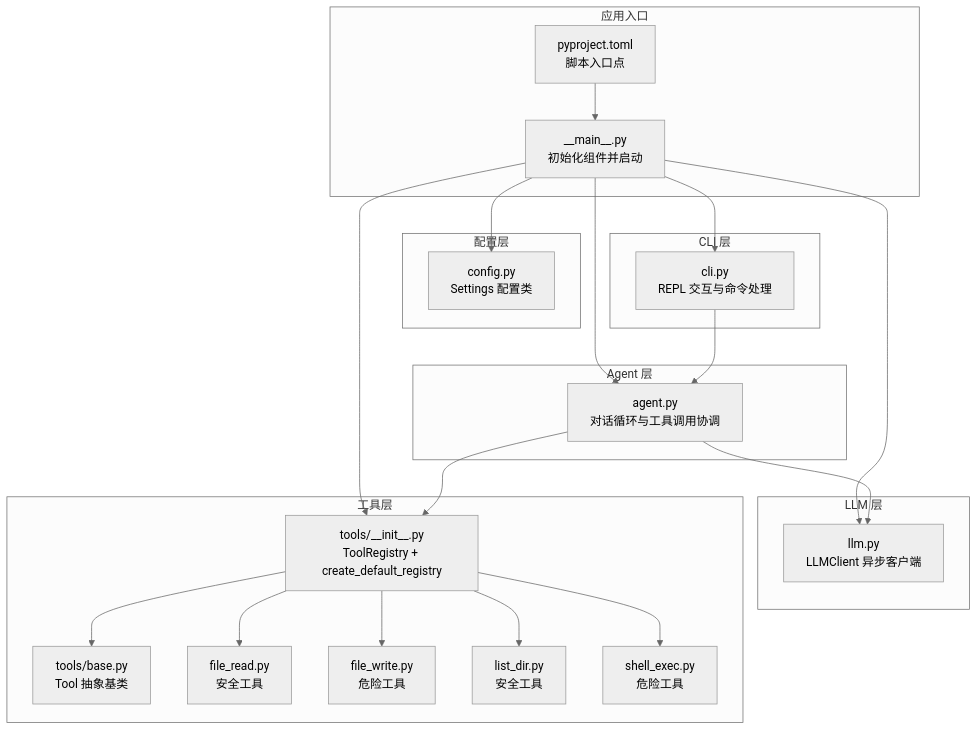
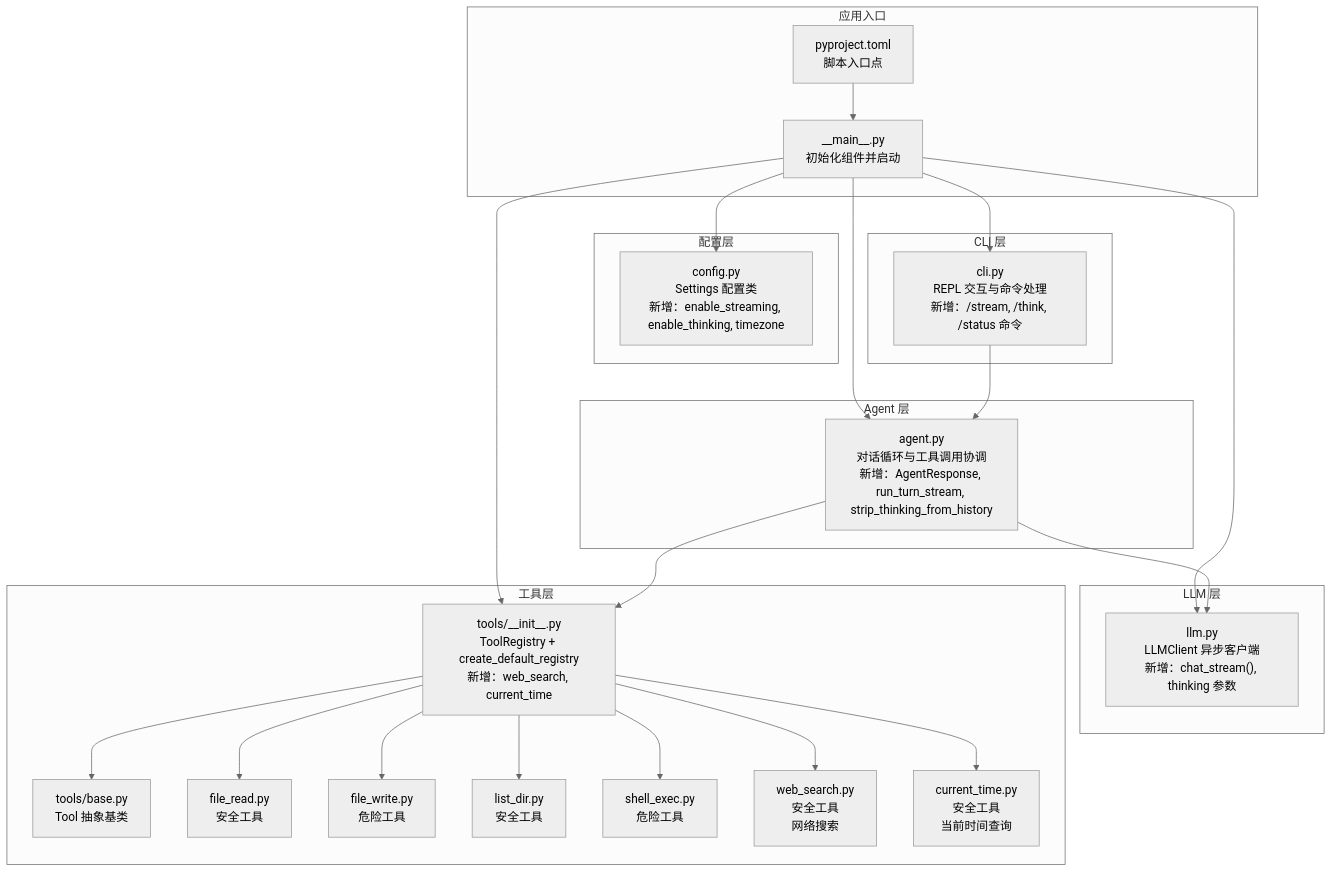
The first of 9 diagrams in .qoder/repowiki/zh/content/核心模块详解/核心模块详解.md (250shiwo/MySmallAgent), drawn with Mermaid (neutral theme) before and after one commit. The commit also changed other lines of this file and 34 other files, not shown here.

````diff
--- a/.qoder/repowiki/zh/content/核心模块详解/核心模块详解.md
+++ b/.qoder/repowiki/zh/content/核心模块详解/核心模块详解.md
@@ -56,41 +63,45 @@
 ```mermaid
 graph TB
 subgraph "应用入口"
 MAIN["__main__.py<br/>初始化组件并启动"]
 ENDPOINT["pyproject.toml<br/>脚本入口点"]
 end
 subgraph "配置层"
-CONFIG["config.py<br/>Settings 配置类"]
+CONFIG["config.py<br/>Settings 配置类<br/>新增：enable_streaming, enable_thinking, timezone"]
 end
 subgraph "LLM 层"
-LLM["llm.py<br/>LLMClient 异步客户端"]
+LLM["llm.py<br/>LLMClient 异步客户端<br/>新增：chat_stream(), thinking 参数"]
 end
 subgraph "工具层"
-TOOLS_INIT["tools/__init__.py<br/>ToolRegistry + create_default_registry"]
+TOOLS_INIT["tools/__init__.py<br/>ToolRegistry + create_default_registry<br/>新增：web_search, current_time"]
 TOOLS_BASE["tools/base.py<br/>Tool 抽象基类"]
 TOOL_READ["file_read.py<br/>安全工具"]
 TOOL_WRITE["file_write.py<br/>危险工具"]
 TOOL_LIST["list_dir.py<br/>安全工具"]
 TOOL_SHELL["shell_exec.py<br/>危险工具"]
+TOOL_WEB["web_search.py<br/>安全工具<br/>网络搜索"]
+TOOL_TIME["current_time.py<br/>安全工具<br/>当前时间查询"]
 end
 subgraph "Agent 层"
-AGENT["agent.py<br/>对话循环与工具调用协调"]
+AGENT["agent.py<br/>对话循环与工具调用协调<br/>新增：AgentResponse, run_turn_stream, strip_thinking_from_history"]
 end
 subgraph "CLI 层"
-CLI["cli.py<br/>REPL 交互与命令处理"]
+CLI["cli.py<br/>REPL 交互与命令处理<br/>新增：/stream, /think, /status 命令"]
 end
 MAIN --> CONFIG
 MAIN --> LLM
 MAIN --> TOOLS_INIT
 MAIN --> AGENT
 MAIN --> CLI
 ENDPOINT --> MAIN
 AGENT --> LLM
 AGENT --> TOOLS_INIT
 CLI --> AGENT
 TOOLS_INIT --> TOOLS_BASE
 TOOLS_INIT --> TOOL_READ
 TOOLS_INIT --> TOOL_WRITE
 TOOLS_INIT --> TOOL_LIST
 TOOLS_INIT --> TOOL_SHELL
+TOOLS_INIT --> TOOL_WEB
+TOOLS_INIT --> TOOL_TIME
 ```
````
